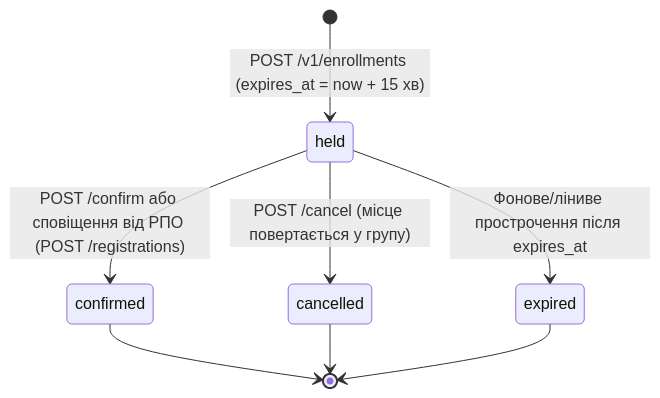
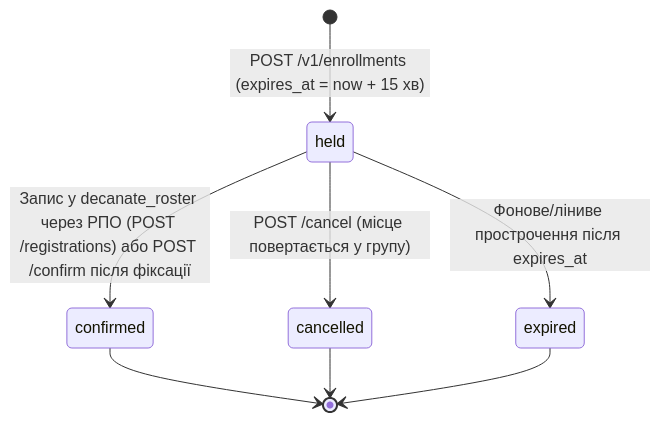
One commit to AirFlex2/distributed-parallel-computing-and-web-course-c10 changed the first of 3 diagrams in docs/architecture-and-experiments.md. Above: the diagram before and after it, drawn with Mermaid. The commit also changed other lines of this file and 9 other files, not shown here.

````diff
--- a/docs/architecture-and-experiments.md
+++ b/docs/architecture-and-experiments.md
@@ -11,10 +11,10 @@
 ```mermaid
 stateDiagram-v2
     [*] --> held: POST /v1/enrollments (expires_at = now + 15 хв)
-    held --> confirmed: POST /confirm або сповіщення від РПО (POST /registrations)
+    held --> confirmed: Запис у decanate_roster через РПО (POST /registrations) або POST /confirm після фіксації
     held --> cancelled: POST /cancel (місце повертається у групу)
     held --> expired: Фонове/ліниве прострочення після expires_at
     confirmed --> [*]
     cancelled --> [*]
     expired --> [*]
 ```
````
